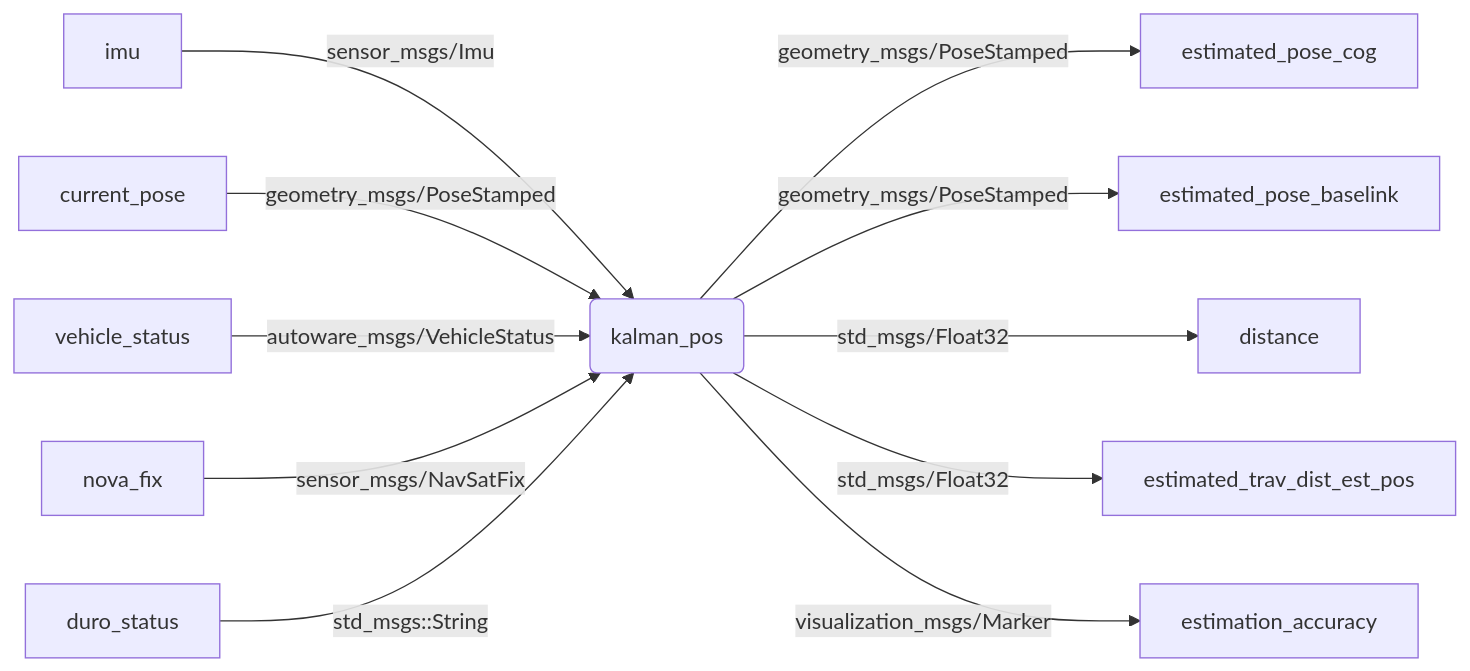
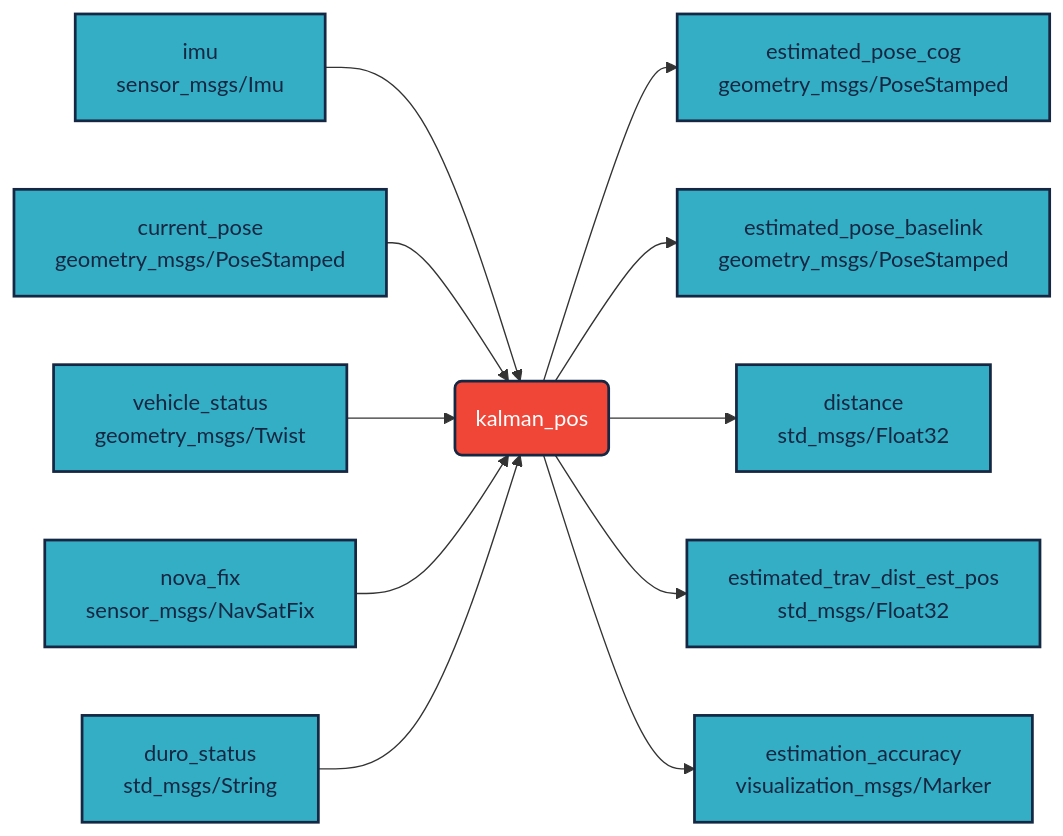
The diagram in README.md (jkk-research/kalman_pos), drawn with Mermaid before and after one commit. The commit also changed other lines of this file and 4 other files, not shown here.

````diff
--- a/README.md
+++ b/README.md
@@ -20,14 +31,23 @@
 ```mermaid
 flowchart LR
 
-A[imu] -->|sensor_msgs/Imu| F(kalman_pos)
-B[current_pose] -->|geometry_msgs/PoseStamped| F
-C[vehicle_status] -->|autoware_msgs/VehicleStatus| F
-D[nova_fix] -->|sensor_msgs/NavSatFix| F
-E[duro_status] -->|std_msgs::String| F
-F --> |geometry_msgs/PoseStamped| G[estimated_pose_cog]
-F --> |geometry_msgs/PoseStamped| H[estimated_pose_baselink]
-F --> |std_msgs/Float32| I[distance]
-F --> |std_msgs/Float32| J[estimated_trav_dist_est_pos]
-F --> |visualization_msgs/Marker| K[estimation_accuracy]
+A[imu<br/>sensor_msgs/Imu] --> F(kalman_pos)
+B[current_pose<br/>geometry_msgs/PoseStamped] --> F
+C[vehicle_status<br/>geometry_msgs/Twist] --> F
+D[nova_fix<br/>sensor_msgs/NavSatFix] --> F
+E[duro_status<br/>std_msgs/String] --> F
+F -->  G[estimated_pose_cog<br/>geometry_msgs/PoseStamped]
+F -->  H[estimated_pose_baselink<br/>geometry_msgs/PoseStamped]
+F -->  I[distance<br/>std_msgs/Float32]
+F -->  J[estimated_trav_dist_est_pos<br/>std_msgs/Float32]
+F -->  K[estimation_accuracy<br/>visualization_msgs/Marker]
+
+classDef light fill:#34aec5,stroke:#152742,stroke-width:2px,color:#152742  
+classDef dark fill:#152742,stroke:#34aec5,stroke-width:2px,color:#34aec5
+classDef white fill:#ffffff,stroke:#152742,stroke-width:2px,color:#152742
+classDef red fill:#ef4638,stroke:#152742,stroke-width:2px,color:#fff
+
+class F red
+class A,B,C,D,E,G,H,I,J,K light
+
 ```
````
